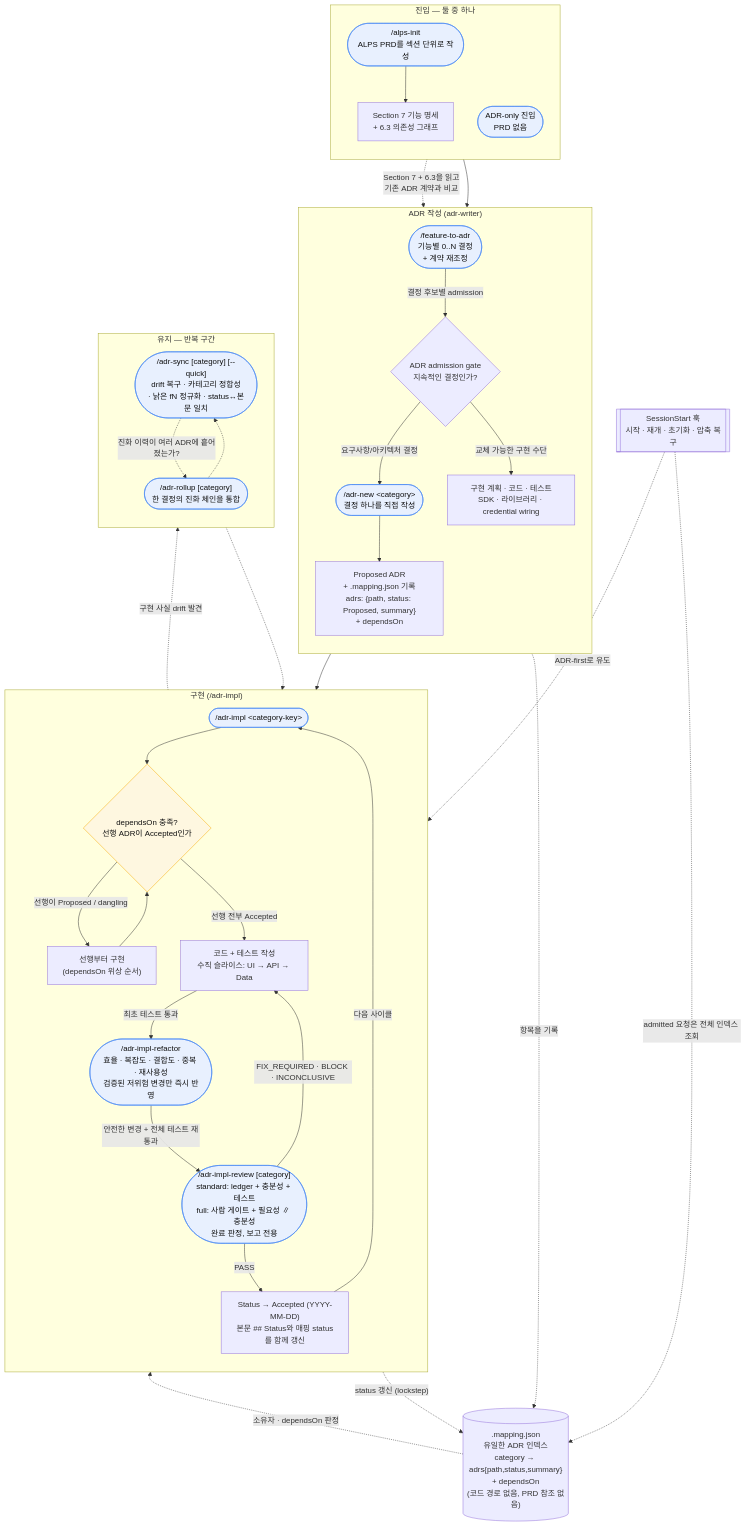
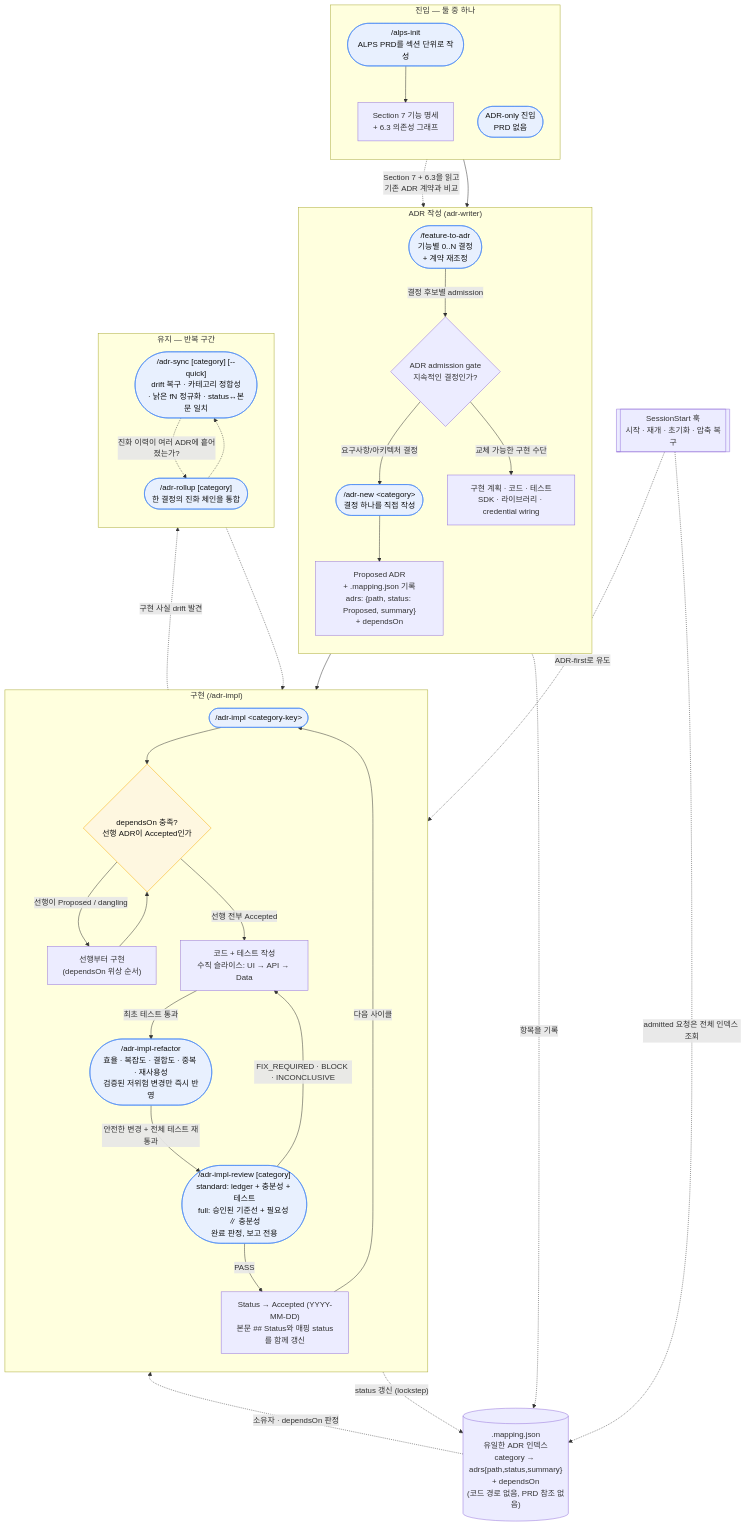
Before and after one commit to haandol/alps-writer-mcp: the first of 8 diagrams in docs/adr-process.md, drawn with Mermaid. The commit also changed other lines of this file and 4 other files, not shown here.

````diff
--- a/docs/adr-process.md
+++ b/docs/adr-process.md
@@ -29,71 +29,71 @@
 ```mermaid
 flowchart TD
     subgraph entry["진입 — 둘 중 하나"]
         direction TB
         AlpsInit(["/alps-init<br/>ALPS PRD를 섹션 단위로 작성"])
         S7["Section 7 기능 명세<br/>+ 6.3 의존성 그래프"]
         AlpsInit --> S7
         ADROnly(["ADR-only 진입<br/>PRD 없음"])
     end
 
     subgraph author["ADR 작성 (adr-writer)"]
         direction TB
         F2A(["/feature-to-adr<br/>기능별 0..N 결정<br/>+ 계약 재조정"])
         Admit{"ADR admission gate<br/>지속적인 결정인가?"}
         Detail["구현 계획 · 코드 · 테스트<br/>SDK · 라이브러리 · credential wiring"]
         New(["/adr-new &lt;category&gt;<br/>결정 하나를 직접 작성"])
         Proposed["Proposed ADR<br/>+ .mapping.json 기록<br/>adrs: {path, status: Proposed, summary}<br/>+ dependsOn"]
         F2A -->|"결정 후보별 admission"| Admit
         ADROnly --> Admit
         Admit -->|"요구사항/아키텍처 결정"| New
         Admit -->|"교체 가능한 구현 수단"| Detail
         New --> Proposed
     end
 
     subgraph impl["구현 (/adr-impl)"]
         direction TB
         Impl(["/adr-impl &lt;category-key&gt;"])
         Gate{"dependsOn 충족?<br/>선행 ADR이 Accepted인가"}
         Prereq["선행부터 구현<br/>(dependsOn 위상 순서)"]
         Code["코드 + 테스트 작성<br/>수직 슬라이스: UI → API → Data"]
         Refactor(["/adr-impl-refactor<br/>효율 · 복잡도 · 결합도 · 중복 · 재사용성<br/>검증된 저위험 변경만 즉시 반영"])
-        Review(["/adr-impl-review [category]<br/>standard: ledger + 충분성 + 테스트<br/>full: 사람 게이트 + 필요성 ∥ 충분성<br/>완료 판정, 보고 전용"])
+        Review(["/adr-impl-review [category]<br/>standard: ledger + 충분성 + 테스트<br/>full: 승인된 기준선 + 필요성 ∥ 충분성<br/>완료 판정, 보고 전용"])
         Accepted["Status → Accepted (YYYY-MM-DD)<br/>본문 ## Status와 매핑 status를 함께 갱신"]
         Impl --> Gate
         Gate -->|"선행이 Proposed / dangling"| Prereq
         Prereq --> Gate
         Gate -->|"선행 전부 Accepted"| Code
         Code -->|"최초 테스트 통과"| Refactor
         Refactor -->|"안전한 변경 + 전체 테스트 재통과"| Review
         Review -->|PASS| Accepted
         Review -->|"FIX_REQUIRED · BLOCK · INCONCLUSIVE"| Code
     end
 
     subgraph maint["유지 — 반복 구간"]
         direction TB
         Sync(["/adr-sync [category] [--quick]<br/>drift 복구 · 카테고리 정합성<br/>· 낡은 fN 정규화 · status↔본문 일치"])
         Rollup(["/adr-rollup [category]<br/>한 결정의 진화 체인을 통합"])
     end
 
     Mapping[(".mapping.json<br/>유일한 ADR 인덱스<br/>category → adrs{path,status,summary}<br/>+ dependsOn<br/>(코드 경로 없음, PRD 참조 없음)")]
     Hook[["SessionStart 훅<br/>시작 · 재개 · 초기화 · 압축 복구"]]
 
     S7 -.->|"Section 7 + 6.3을 읽고<br/>기존 ADR 계약과 비교"| F2A
     Proposed --> Impl
     Review -.->|"구현 사실 drift 발견"| Sync
     Sync -.-> Review
     Accepted -->|"다음 사이클"| Impl
     Sync -.->|"진화 이력이 여러 ADR에 흩어졌는가?"| Rollup
     Rollup -.-> Sync
 
     Proposed -.->|"항목을 기록"| Mapping
     Accepted -.->|"status 갱신 (lockstep)"| Mapping
     Hook -.->|"admitted 요청은 전체 인덱스 조회"| Mapping
     Mapping -.->|"소유자 · dependsOn 판정"| Impl
     Hook -.->|"ADR-first로 유도"| Impl
 
     classDef cmd fill:#e8f0fe,stroke:#4285f4,color:#111;
     classDef gate fill:#fef7e0,stroke:#f9ab00,color:#111;
     class AlpsInit,F2A,New,Impl,Refactor,Review,Sync,Rollup,ADROnly cmd;
     class Gate gate;
 ```
````
